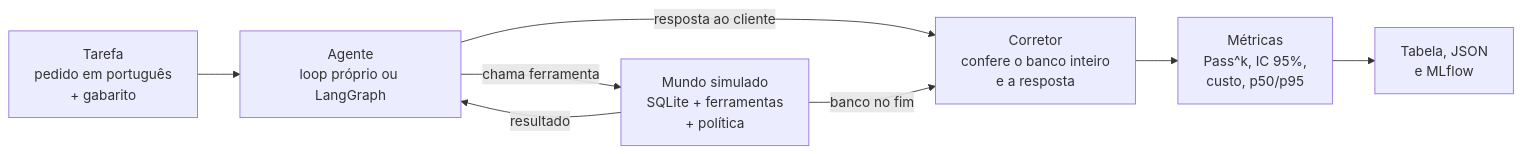
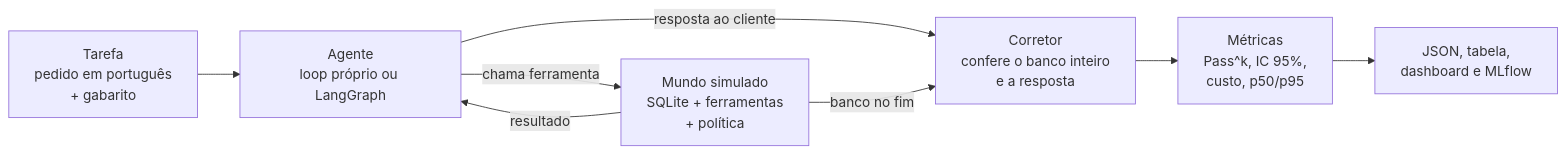
Before and after one commit to LuigiAjello/toolbr: the diagram in README.md, drawn with Mermaid. The commit also changed other lines of this file and 21 other files, not shown here.

````diff
--- a/README.md
+++ b/README.md
@@ -31,10 +72,10 @@
 ```mermaid
 flowchart LR
     T["Tarefa<br/>pedido em português<br/>+ gabarito"] --> A["Agente<br/>loop próprio ou LangGraph"]
     A -- "chama ferramenta" --> M["Mundo simulado<br/>SQLite + ferramentas<br/>+ política"]
     M -- "resultado" --> A
     A -- "resposta ao cliente" --> C["Corretor<br/>confere o banco inteiro<br/>e a resposta"]
     M -- "banco no fim" --> C
     C --> R["Métricas<br/>Pass^k, IC 95%,<br/>custo, p50/p95"]
-    R --> L["Tabela, JSON<br/>e MLflow"]
+    R --> L["JSON, tabela,<br/>dashboard e MLflow"]
 ```
````
